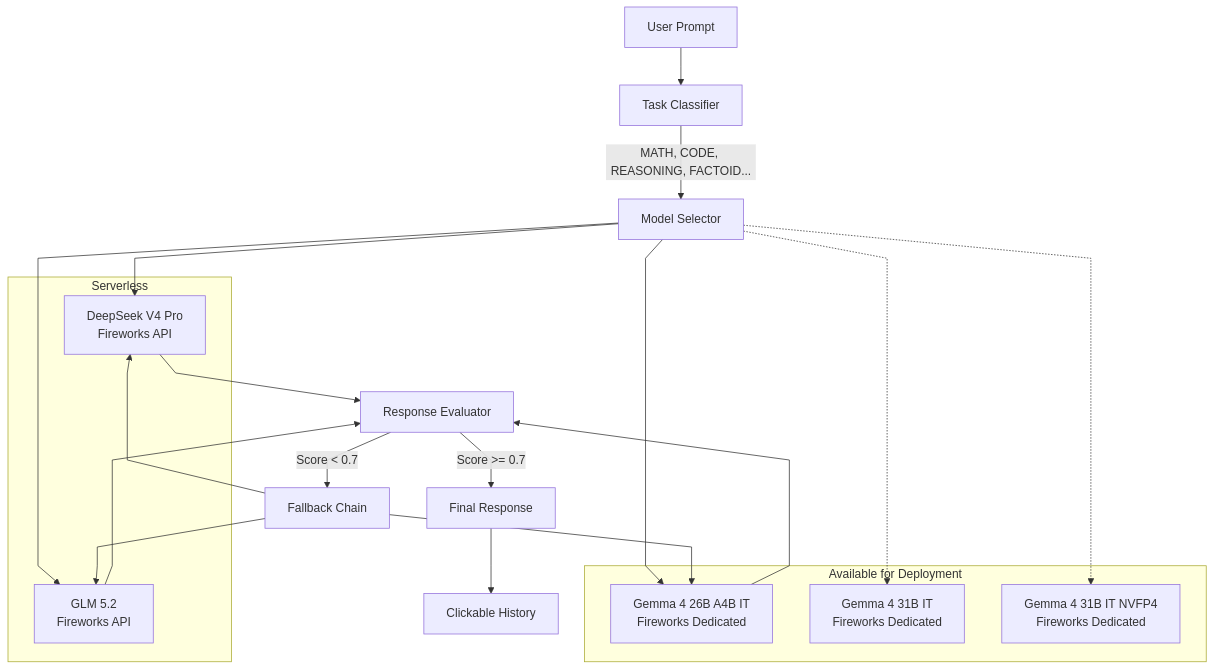
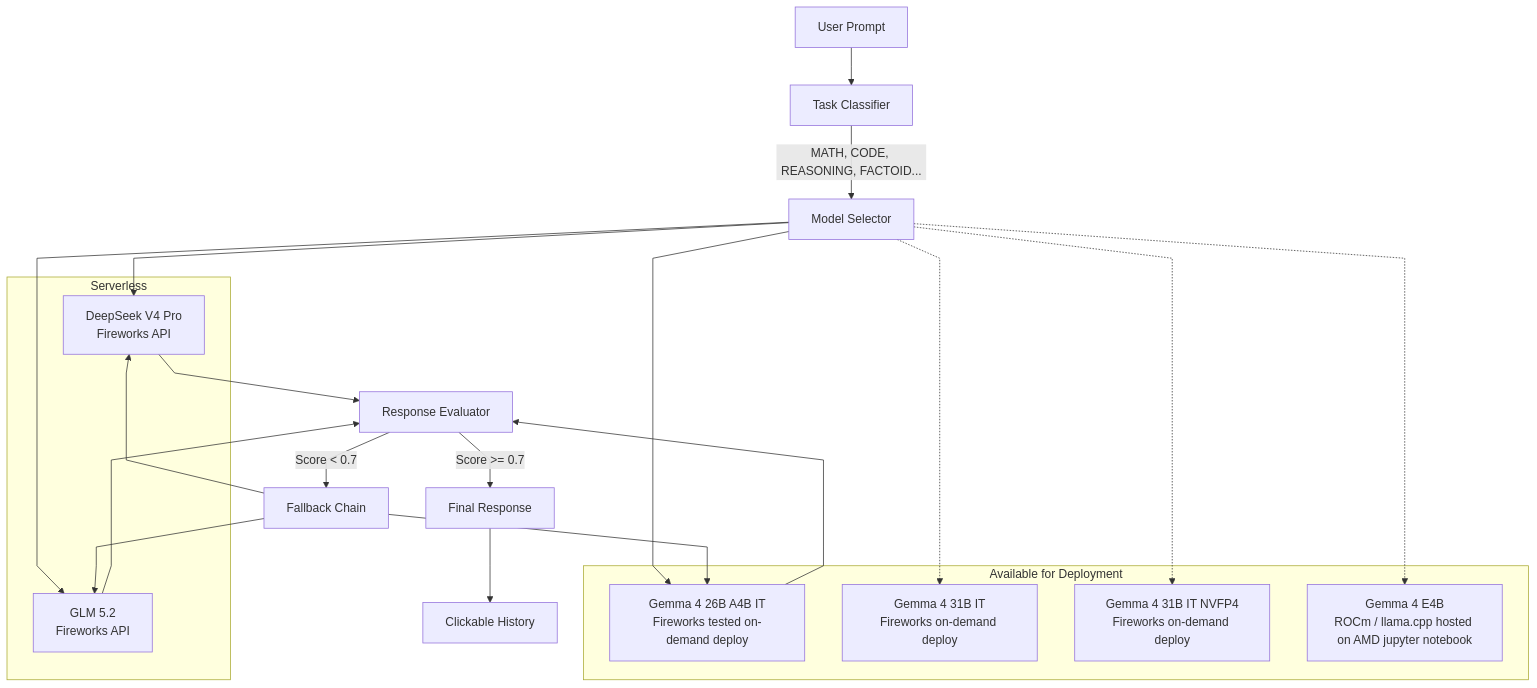
The diagram in README.md (PostboxRetinal/amd-hackathon-act2), drawn with Mermaid before and after one commit. The commit also changed other lines of this file and 15 other files, not shown here.

````diff
--- a/README.md
+++ b/README.md
@@ -50,35 +50,37 @@
 ```mermaid
 %%{init: {"flowchart": {"curve": "linear"}} }%%
 flowchart TD
     User[User Prompt] --> Classifier[Task Classifier]
     Classifier -->|MATH, CODE, REASONING, FACTOID...| Selector[Model Selector]
 
     subgraph Serverless
         DS[DeepSeek V4 Pro<br/>Fireworks API]
         GLM[GLM 5.2<br/>Fireworks API]
     end
 
     subgraph Available for Deployment
-        G26B[Gemma 4 26B A4B IT<br/>Fireworks Dedicated]
-        G31B[Gemma 4 31B IT<br/>Fireworks Dedicated]
-        G31BNV[Gemma 4 31B IT NVFP4<br/>Fireworks Dedicated]
+        G26B[Gemma 4 26B A4B IT<br/>Fireworks tested on-demand deploy]
+        G31B[Gemma 4 31B IT<br/>Fireworks on-demand deploy]
+        G31BNV[Gemma 4 31B IT NVFP4<br/>Fireworks on-demand deploy]
+        GE4B[Gemma 4 E4B<br/>ROCm / llama.cpp hosted on AMD jupyter notebook]
     end
 
     Selector --> DS
     Selector --> GLM
     Selector --> G26B
     Selector -.-> G31B
     Selector -.-> G31BNV
+    Selector -.-> GE4B
 
     DS --> Evaluator[Response Evaluator]
     GLM --> Evaluator
     G26B --> Evaluator
 
     Evaluator -->|Score >= 0.7| Response[Final Response]
     Evaluator -->|Score < 0.7| Fallback[Fallback Chain]
     Fallback --> DS
     Fallback --> GLM
     Fallback --> G26B
 
     Response --> History[Clickable History]
 ```
````
